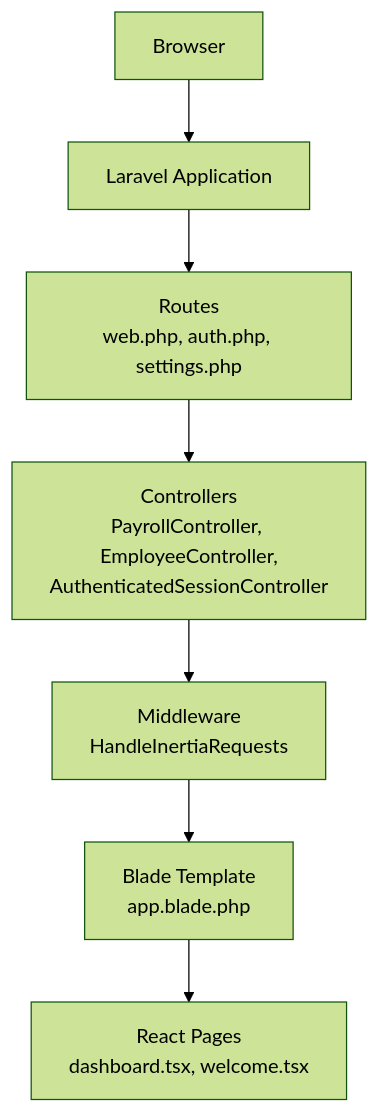
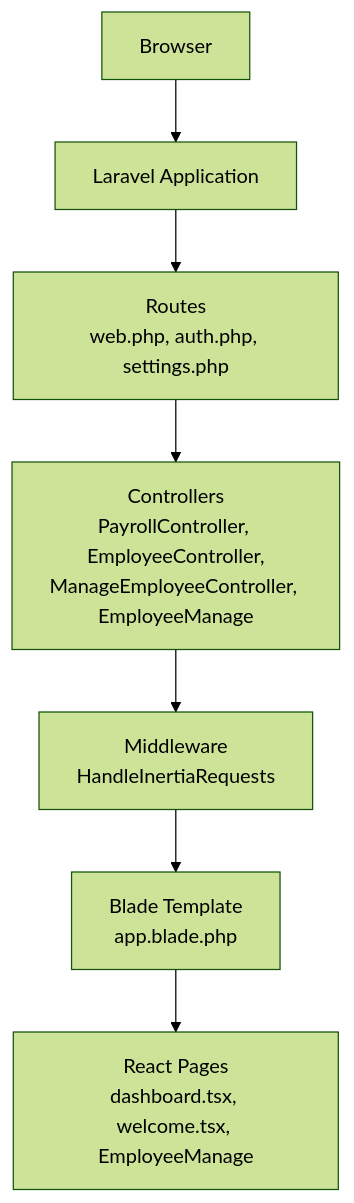
Before and after one commit to vincet0t15/template: the first of 9 diagrams in .qoder/repowiki/en/content/Routing Architecture.md, drawn with Mermaid (forest theme). The commit also changed other lines of this file and 8 other files, not shown here.

````diff
--- a/.qoder/repowiki/en/content/Routing Architecture.md
+++ b/.qoder/repowiki/en/content/Routing Architecture.md
@@ -39,16 +52,16 @@
 ```mermaid
 graph TB
 Browser["Browser"]
 Laravel["Laravel Application"]
 Routes["Routes<br/>web.php, auth.php, settings.php"]
 Middleware["Middleware<br/>HandleInertiaRequests"]
-Controllers["Controllers<br/>PayrollController, EmployeeController,<br/>AuthenticatedSessionController"]
+Controllers["Controllers<br/>PayrollController, EmployeeController,<br/>ManageEmployeeController, EmployeeManage"]
 Views["Blade Template<br/>app.blade.php"]
-React["React Pages<br/>dashboard.tsx, welcome.tsx"]
+React["React Pages<br/>dashboard.tsx, welcome.tsx, EmployeeManage"]
 Browser --> Laravel
 Laravel --> Routes
 Routes --> Controllers
 Controllers --> Middleware
 Middleware --> Views
 Views --> React
 ```
````
